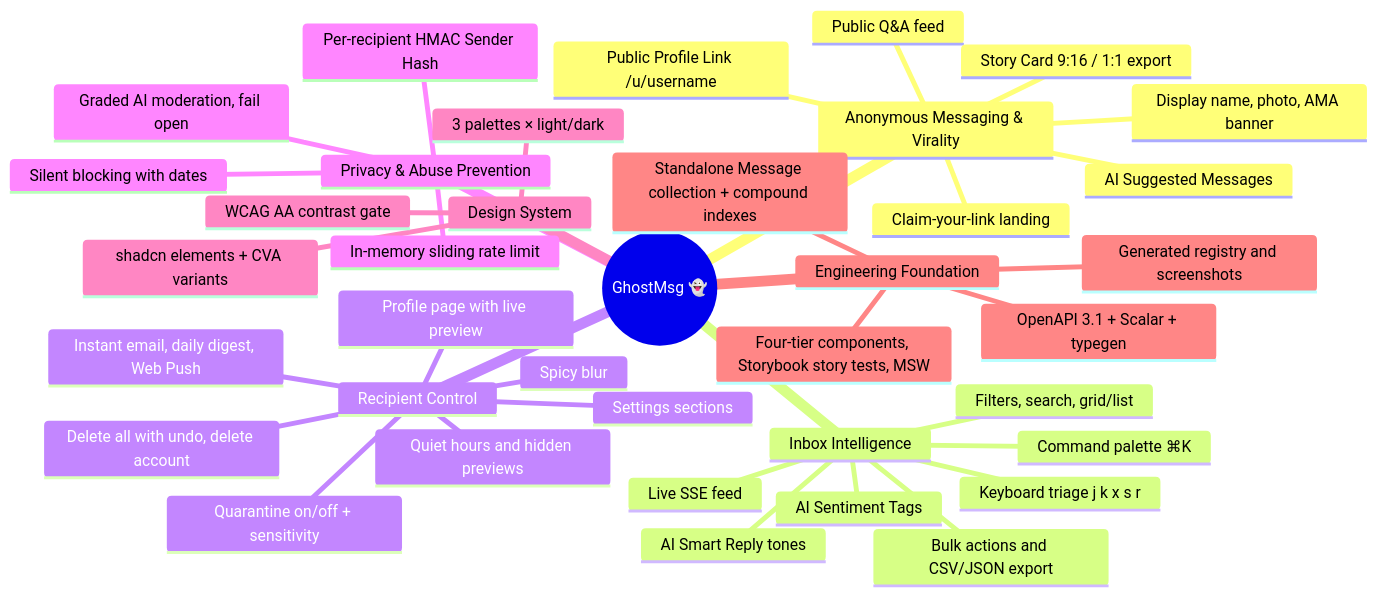
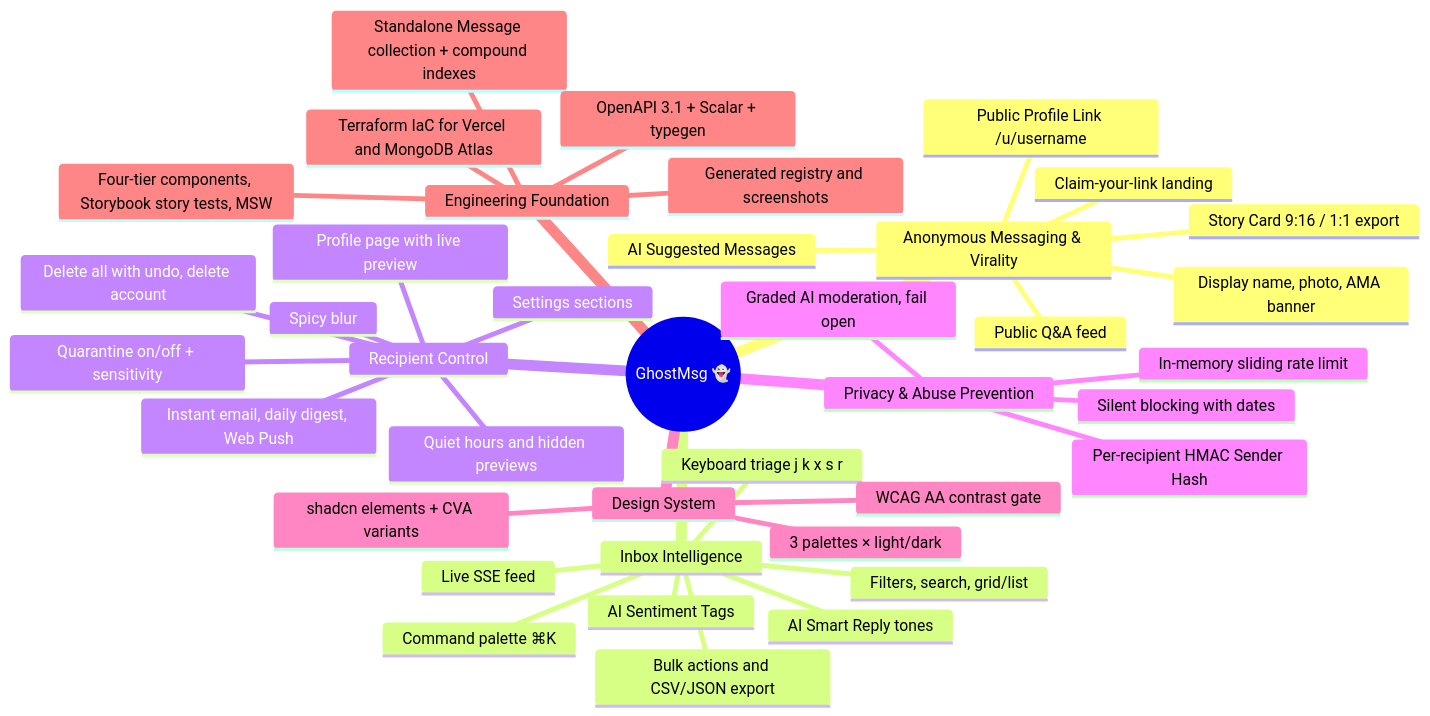
The diagram in docs/01-overview.md (Abbas4tech/GhostMsg), drawn with Mermaid before and after one commit. The commit also changed 25 other files, not shown here.

Commit message:
docs: add comprehensive system documentation, component registry, architecture guides, and authentication form components

````diff
--- a/docs/01-overview.md
+++ b/docs/01-overview.md
@@ -54,41 +54,42 @@
 ```mermaid
 mindmap
   root((GhostMsg 👻))
     Anonymous Messaging & Virality
       Public Profile Link /u/username
       Display name, photo, AMA banner
       AI Suggested Messages
       Public Q&A feed
       Story Card 9:16 / 1:1 export
       Claim-your-link landing
     Inbox Intelligence
       Live SSE feed
       Filters, search, grid/list
       Keyboard triage j k x s r
       Bulk actions and CSV/JSON export
       AI Sentiment Tags
       AI Smart Reply tones
       Command palette ⌘K
     Recipient Control
       Profile page with live preview
       Settings sections
       Quarantine on/off + sensitivity
       Spicy blur
       Quiet hours and hidden previews
       Instant email, daily digest, Web Push
       Delete all with undo, delete account
     Privacy & Abuse Prevention
       In-memory sliding rate limit
       Per-recipient HMAC Sender Hash
       Silent blocking with dates
       Graded AI moderation, fail open
     Design System
       3 palettes × light/dark
       shadcn elements + CVA variants
       WCAG AA contrast gate
     Engineering Foundation
       Standalone Message collection + compound indexes
       OpenAPI 3.1 + Scalar + typegen
       Four-tier components, Storybook story tests, MSW
       Generated registry and screenshots
+      Terraform IaC for Vercel and MongoDB Atlas
 ```
````
